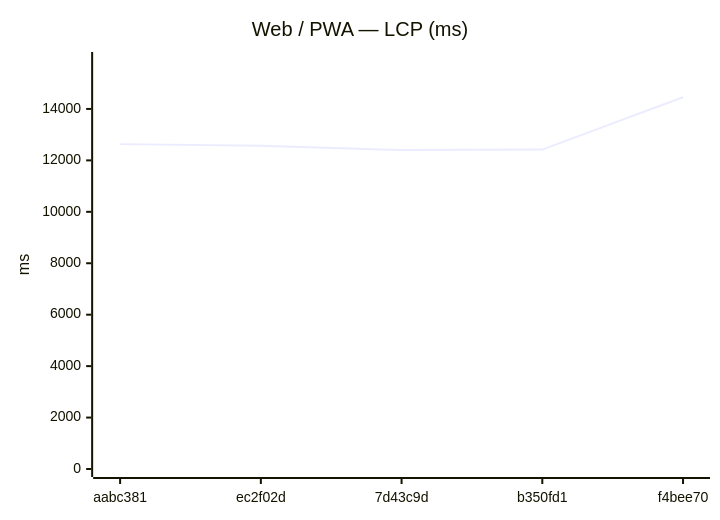
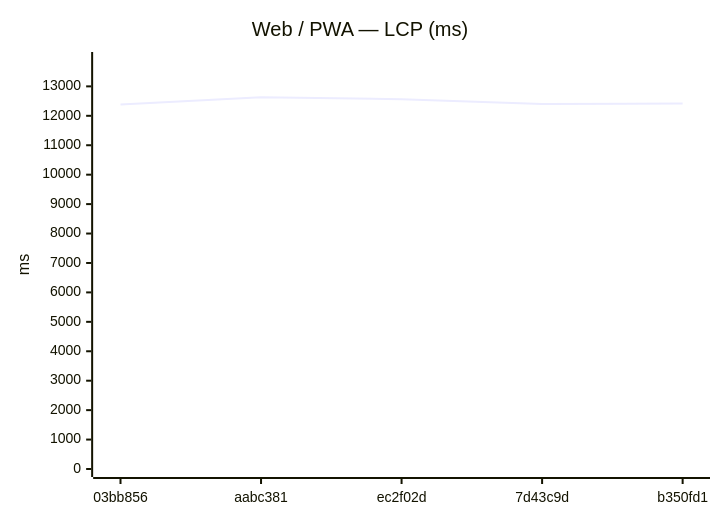
One commit to Metaheurist/Rianell changed the seventh of 18 diagrams in benchmarks/compare.md. Above: the diagram before and after it, drawn with Mermaid. The commit also changed other lines of this file and 11 other files, not shown here.

````diff
--- a/benchmarks/compare.md
+++ b/benchmarks/compare.md
@@ -117,7 +117,7 @@
 ```mermaid
 xychart-beta
     title "Web / PWA — LCP (ms)"
-    x-axis ["aabc381", "ec2f02d", "7d43c9d", "b350fd1", "f4bee70"]
-    y-axis "ms" 0 --> 15903
-    line [12632, 12566, 12399, 12420, 14457]
+    x-axis ["03bb856", "aabc381", "ec2f02d", "7d43c9d", "b350fd1"]
+    y-axis "ms" 0 --> 13896
+    line [12382, 12632, 12566, 12399, 12420]
 ```
````
